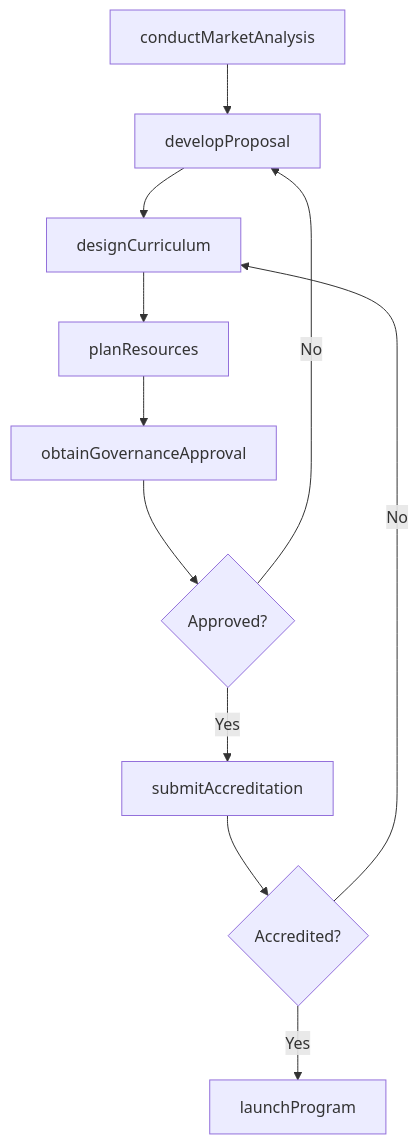
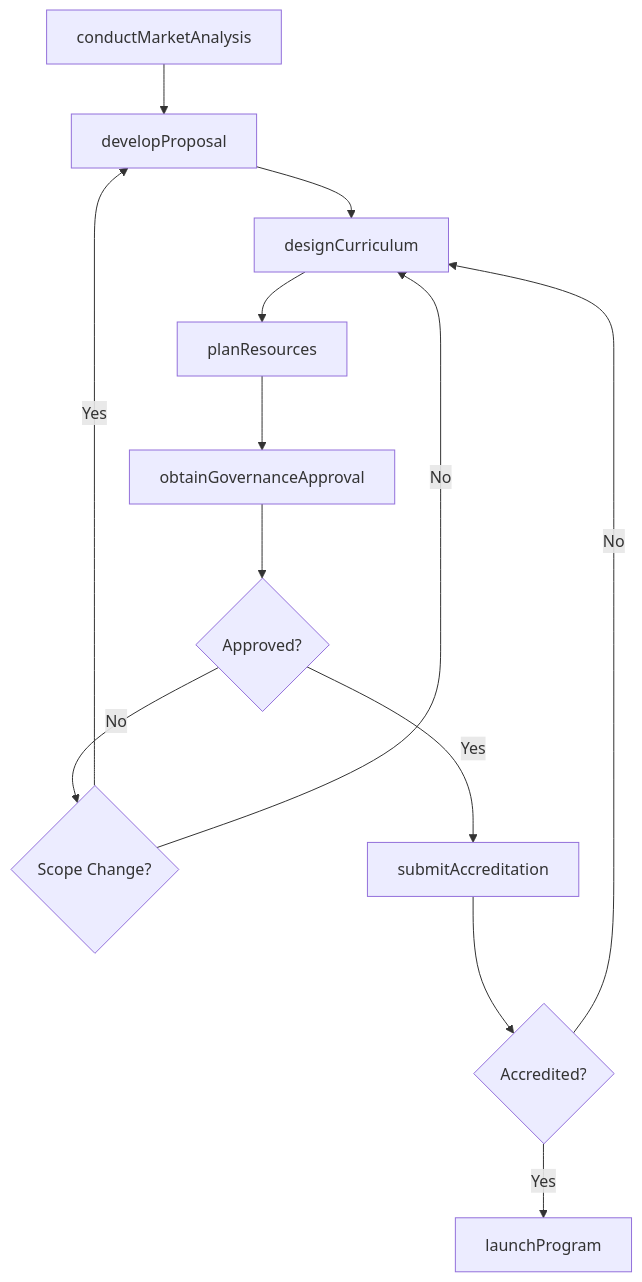
The third of 4 diagrams in ThinkingCreatively/DevelopEducationalProgramsPlansOrProcedures/DevelopEducationalPrograms.mdx (dot-org-ai/tasks.org.ai), drawn with Mermaid before and after one commit. The commit also changed other lines of this file and 504 other files, not shown here.

First line of the commit message:
feat: Add ER diagrams, state diagrams, and workflow improvements to 96 DWA task files

````diff
--- a/ThinkingCreatively/DevelopEducationalProgramsPlansOrProcedures/DevelopEducationalPrograms.mdx
+++ b/ThinkingCreatively/DevelopEducationalProgramsPlansOrProcedures/DevelopEducationalPrograms.mdx
@@ -87,13 +116,15 @@
 ```mermaid
 graph TD
     A[conductMarketAnalysis] --> B[developProposal]
     B --> C[designCurriculum]
     C --> D[planResources]
     D --> E[obtainGovernanceApproval]
     E --> F{Approved?}
-    F -->|No| B
-    F -->|Yes| G[submitAccreditation]
-    G --> H{Accredited?}
-    H -->|No| C
-    H -->|Yes| I[launchProgram]
+    F -->|No| G{Scope Change?}
+    G -->|Yes| B
+    G -->|No| C
+    F -->|Yes| H[submitAccreditation]
+    H --> I{Accredited?}
+    I -->|No| C
+    I -->|Yes| J[launchProgram]
 ```
````
